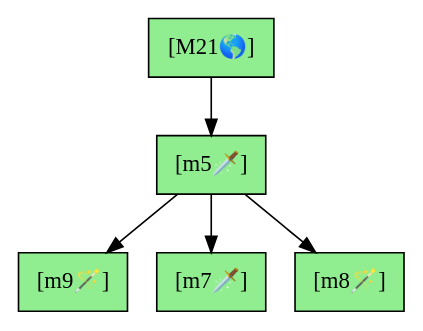
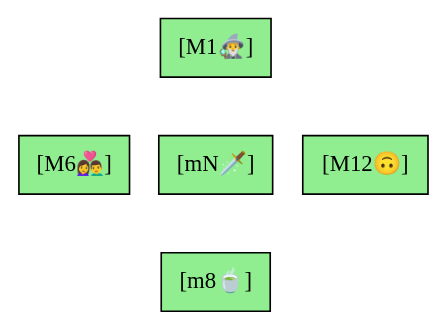
Before and after one commit to infomofo/ts-tarot-cards: the diagram in samples/crossSpread-reading.dot, drawn with Graphviz. The commit also changed 10 other files, not shown here.

```diff
--- a/samples/crossSpread-reading.dot
+++ b/samples/crossSpread-reading.dot
@@ -1,7 +1,8 @@
 
 digraph CrossSpread {
   node [shape=rectangle, style=filled, fillcolor=lightgreen];
-  "[M21🌎]" -> "[m5🗡️]" -> "[m9🪄]";
-  "[m5🗡️]" -> "[m7🗡️]";
-  "[m5🗡️]" -> "[m8🪄]";
+  edge [style=invis];
+  { rank=same; "[M6👩‍❤️‍👨]"; "[mN🗡️]"; "[M12🙃]"; }
+  "[M6👩‍❤️‍👨]" -> "[mN🗡️]" -> "[M12🙃]";
+  "[M1🧙‍♂️]" -> "[mN🗡️]" -> "[m8🍵]";
 }
```
